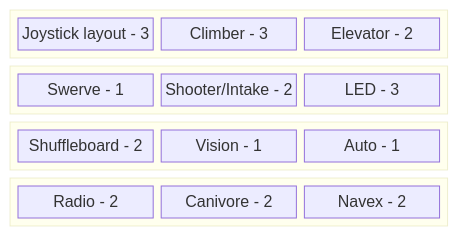
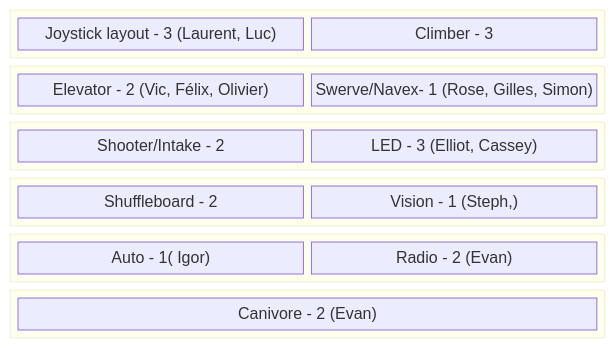
The diagram in doc/subsystems_assignment.md (simonjub/2024-crescendo-take2), drawn with Mermaid before and after one commit.

Commit message:
assign team members to subsystems

```diff
--- a/doc/subsystems_assignment.md
+++ b/doc/subsystems_assignment.md
@@ -8,27 +8,32 @@
 ::: mermaid
 block-beta
 columns 1
   block:row1
-    A["Joystick layout - 3"]
+    A["Joystick layout - 3 (Laurent, Luc)"]
     B["Climber - 3"]
-    C["Elevator - 2"]
   end
 
   block:row2
-    D["Swerve - 1"]
-    E["Shooter/Intake - 2"]
-    F["LED - 3"]
+    C["Elevator - 2 (Vic, Félix, Olivier)"]
+    D["Swerve/Navex- 1 (Rose, Gilles, Simon)"]
   end
 
   block:row3
-    G["Shuffleboard - 2"]
-    H["Vision - 1 "]
-    I["Auto - 1"]
+    E["Shooter/Intake - 2"]
+    F["LED - 3 (Elliot, Cassey)"]
   end
   
   block:row4
-    J["Radio - 2"]
-    K["Canivore - 2"]
-    L["Navex - 2"]
+    G["Shuffleboard - 2"]
+    H["Vision - 1 (Steph,) "]
+  end
+
+  block:row5
+    I["Auto - 1( Igor)"]
+    J["Radio - 2 (Evan)"]
+  end
+
+  block:row6
+    K["Canivore - 2 (Evan)"]
   end
 :::
```
